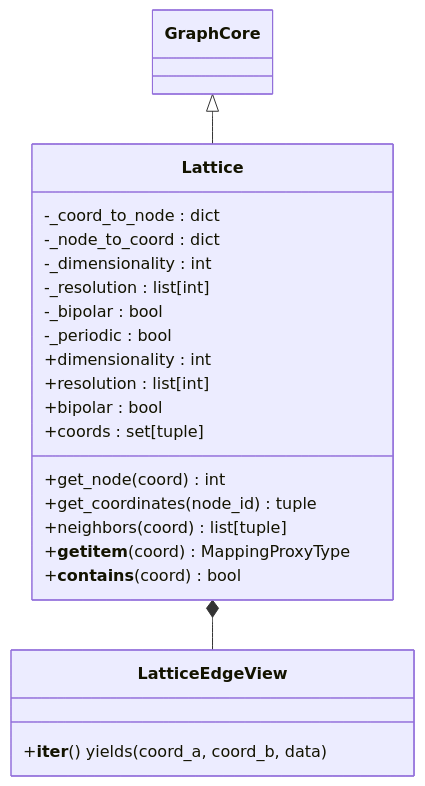
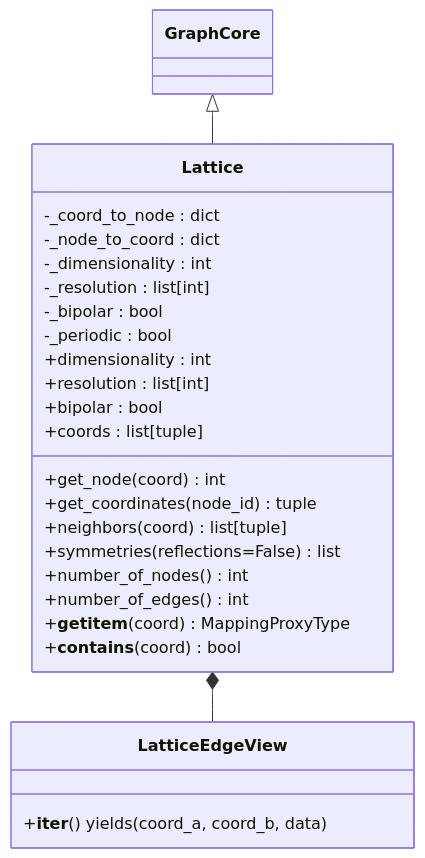
The fourth of 6 diagrams in docs/architecture/01_TOPOS.md (kr4g/Klotho), drawn with Mermaid before and after one commit. The commit also changed other lines of this file and 14 other files, not shown here.

First line of the commit message:
Refresh architecture docs and Sphinx index for 10.x API (10.11.1)

````diff
--- a/docs/architecture/01_TOPOS.md
+++ b/docs/architecture/01_TOPOS.md
@@ -372,28 +385,31 @@
 ```mermaid
 classDiagram
     GraphCore <|-- Lattice
 
     class Lattice {
         -_coord_to_node : dict
         -_node_to_coord : dict
         -_dimensionality : int
         -_resolution : list[int]
         -_bipolar : bool
         -_periodic : bool
         +dimensionality : int
         +resolution : list[int]
         +bipolar : bool
-        +coords : set[tuple]
+        +coords : list[tuple]
         +get_node(coord) int
         +get_coordinates(node_id) tuple
         +neighbors(coord) list[tuple]
+        +symmetries(reflections=False) list
+        +number_of_nodes() int
+        +number_of_edges() int
         +__getitem__(coord) MappingProxyType
         +__contains__(coord) bool
     }
 
     class LatticeEdgeView {
         +__iter__() yields (coord_a, coord_b, data)
     }
 
     Lattice *-- LatticeEdgeView
 ```
````
